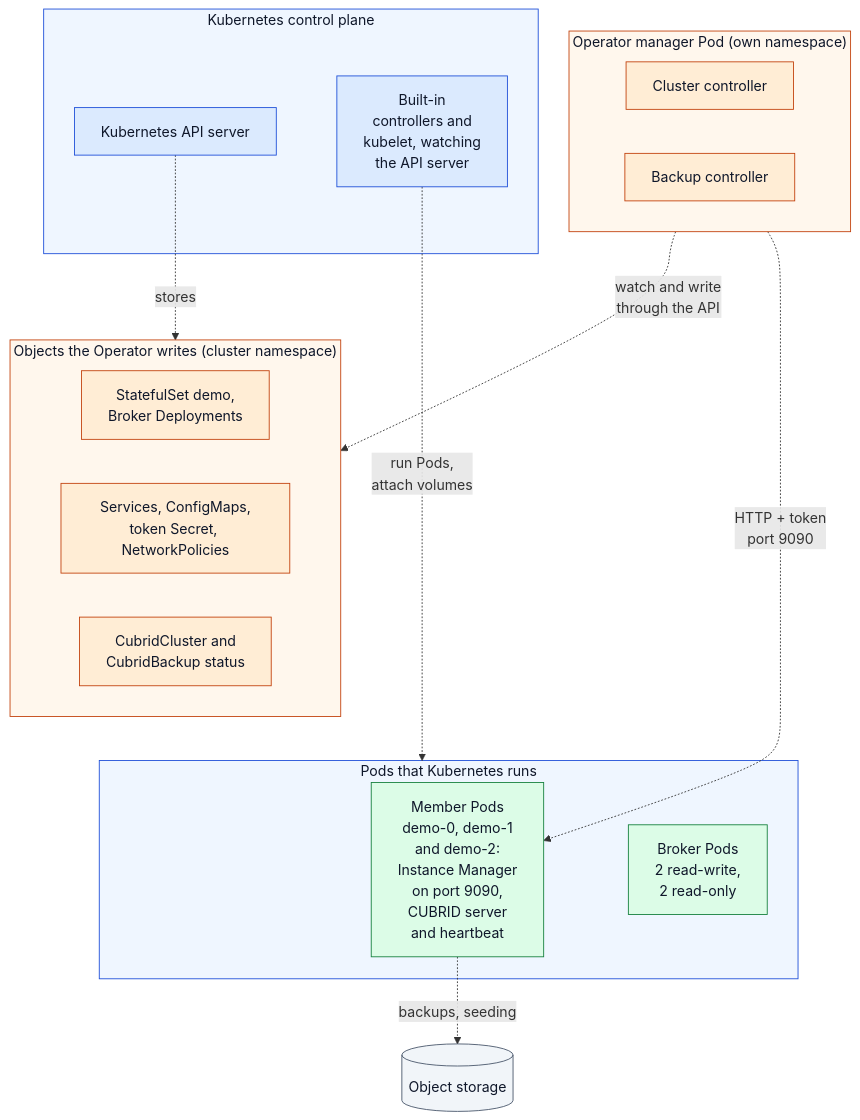
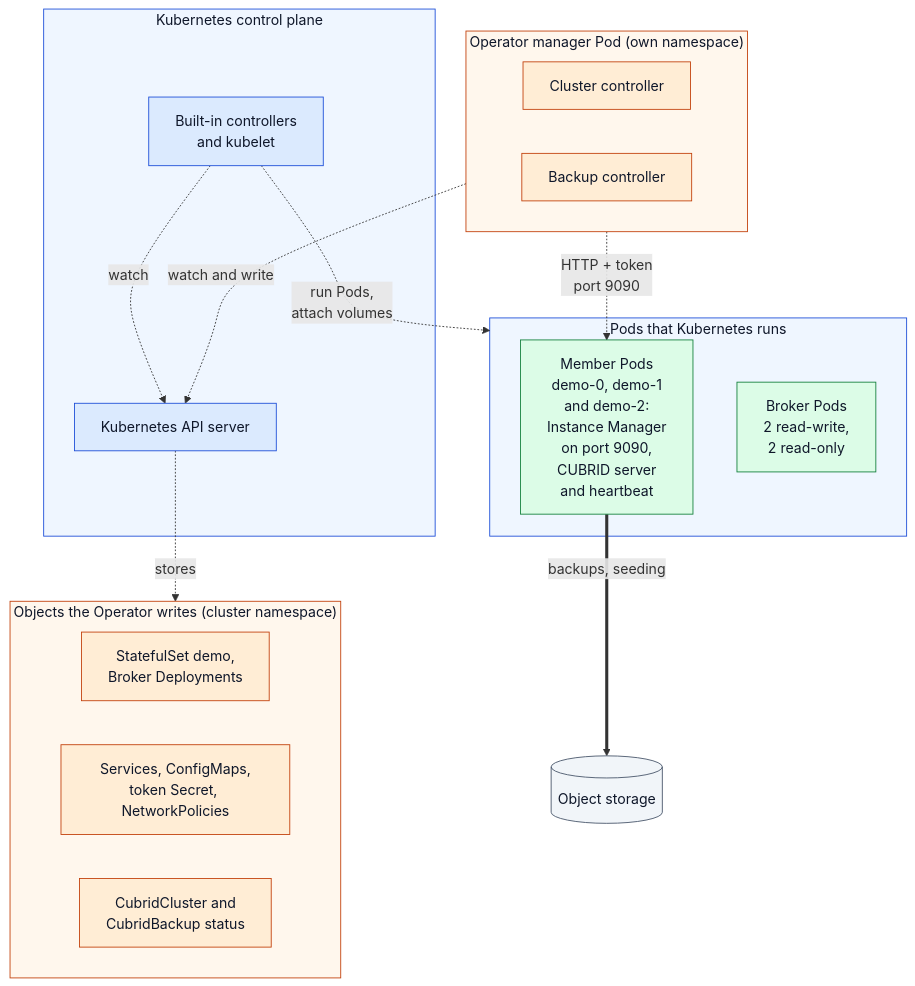
Before and after one commit to cubrid-lab/cubrid-kubernetes-operator: the first of 2 diagrams in docs/architecture/topology.md, drawn with Mermaid. The commit also changed other lines of this file and 4 other files, not shown here.

First line of the commit message:
docs(architecture): address review of the diagram rework

````diff
--- a/docs/architecture/topology.md
+++ b/docs/architecture/topology.md
@@ -25,43 +25,42 @@
 ```mermaid
 flowchart TB
     subgraph mgr["Operator manager Pod (own namespace)"]
         cc["Cluster controller"]:::op
         bc["Backup controller"]:::op
     end
 
     subgraph cp["Kubernetes control plane"]
         api["Kubernetes API server"]:::k8s
-        builtin["Built-in<br/>controllers and<br/>kubelet, watching<br/>the API server"]:::k8s
+        builtin["Built-in controllers<br/>and kubelet"]:::k8s
     end
 
     subgraph objs["Objects the Operator writes (cluster namespace)"]
-        direction LR
         wl["StatefulSet demo,<br/>Broker Deployments"]:::op
         cfg["Services, ConfigMaps,<br/>token Secret, NetworkPolicies"]:::op
         crs["CubridCluster and<br/>CubridBackup status"]:::op
     end
 
     subgraph run["Pods that Kubernetes runs"]
         members["Member Pods<br/>demo-0, demo-1<br/>and demo-2:<br/>Instance Manager<br/>on port 9090,<br/>CUBRID server<br/>and heartbeat"]:::cubrid
         brokers["Broker Pods<br/>2 read-write,<br/>2 read-only"]:::cubrid
     end
 
     objstore[("Object storage")]:::ext
 
-    mgr -. "watch and write<br/>through the API" .-> objs
+    mgr -. "watch and write" .-> api
+    builtin -. "watch" .-> api
     api -. "stores" .-> objs
     builtin -. "run Pods,<br/>attach volumes" .-> run
     mgr -. "HTTP + token<br/>port 9090" .-> members
-    members -. "backups, seeding" .-> objstore
-    objs ~~~ run
+    members == "backups, seeding" ==> objstore
 
     classDef k8s fill:#dbeafe,stroke:#1d4ed8,color:#0f172a
     classDef op fill:#ffedd5,stroke:#c2410c,color:#0f172a
     classDef cubrid fill:#dcfce7,stroke:#15803d,color:#0f172a
     classDef ext fill:#f1f5f9,stroke:#475569,color:#0f172a
 
     style mgr fill:#fff7ed,stroke:#c2410c,color:#0f172a
     style objs fill:#fff7ed,stroke:#c2410c,color:#0f172a
     style cp fill:#eff6ff,stroke:#1d4ed8,color:#0f172a
     style run fill:#eff6ff,stroke:#1d4ed8,color:#0f172a
 ```
````
